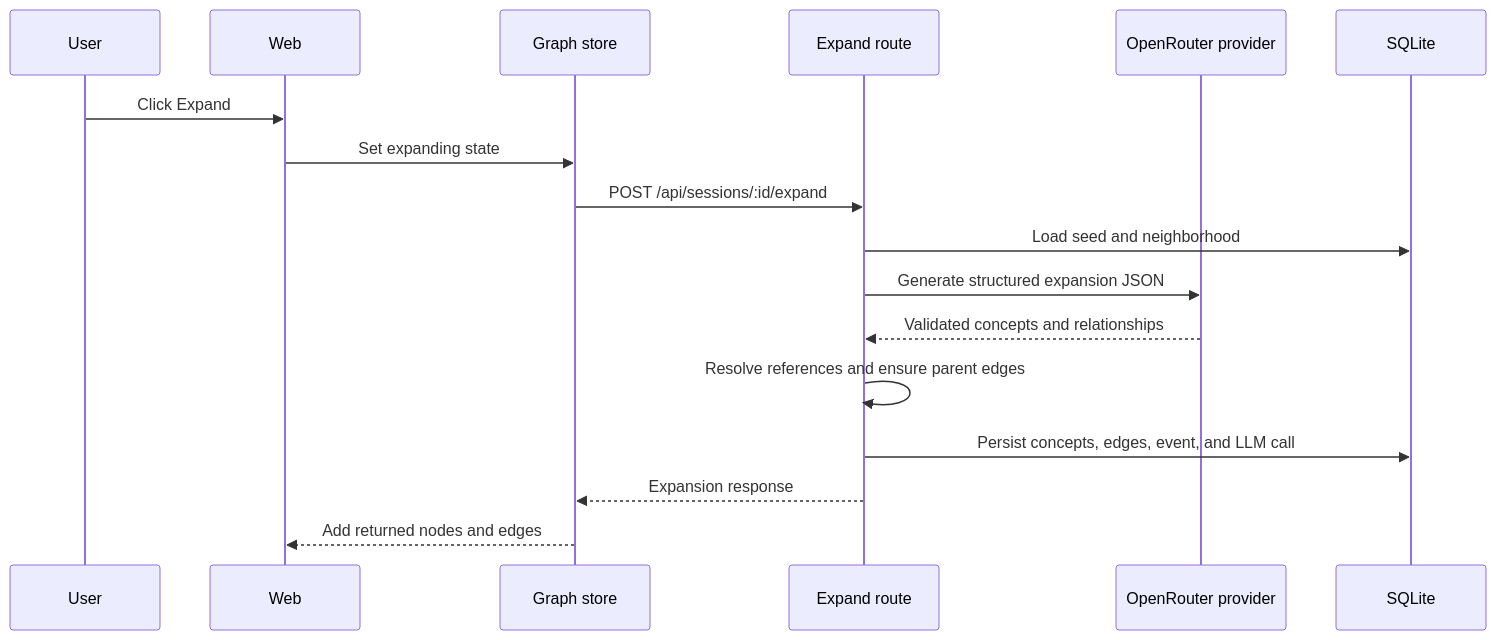
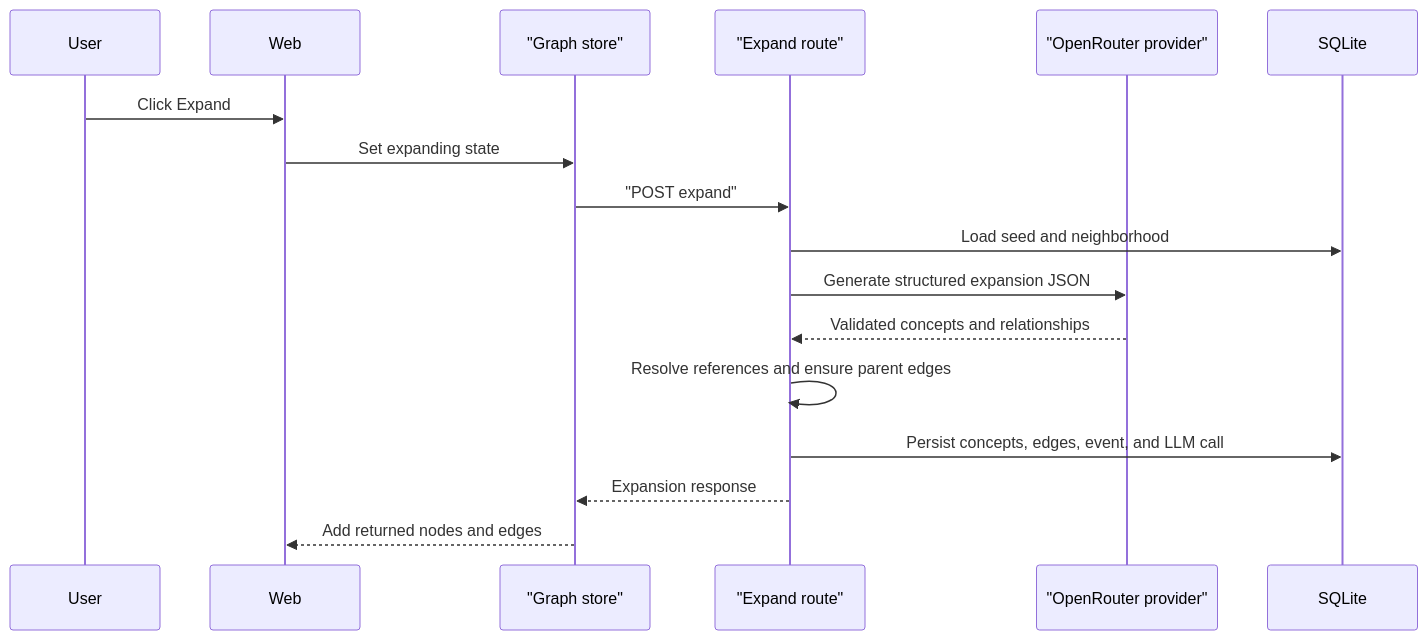
One commit to swarnavacodes/synapse changed the fourth of 5 diagrams in ARCHITECTURE.md. Above: the diagram before and after it, drawn with Mermaid. The commit also changed other lines of this file, not shown here.

First line of the commit message:
fix: GitHub Mermaid rendering in ARCHITECTURE.md

````diff
--- a/ARCHITECTURE.md
+++ b/ARCHITECTURE.md
@@ -109,20 +109,20 @@
 ```mermaid
 sequenceDiagram
     participant U as User
     participant W as Web
-    participant S as Graph store
-    participant E as Expand route
-    participant L as OpenRouter provider
+    participant S as "Graph store"
+    participant E as "Expand route"
+    participant L as "OpenRouter provider"
     participant D as SQLite
 
     U->>W: Click Expand
     W->>S: Set expanding state
-    S->>E: POST /api/sessions/:id/expand
+    S->>E: "POST expand"
     E->>D: Load seed and neighborhood
     E->>L: Generate structured expansion JSON
     L-->>E: Validated concepts and relationships
     E->>E: Resolve references and ensure parent edges
     E->>D: Persist concepts, edges, event, and LLM call
     E-->>S: Expansion response
     S-->>W: Add returned nodes and edges
 ```
````
